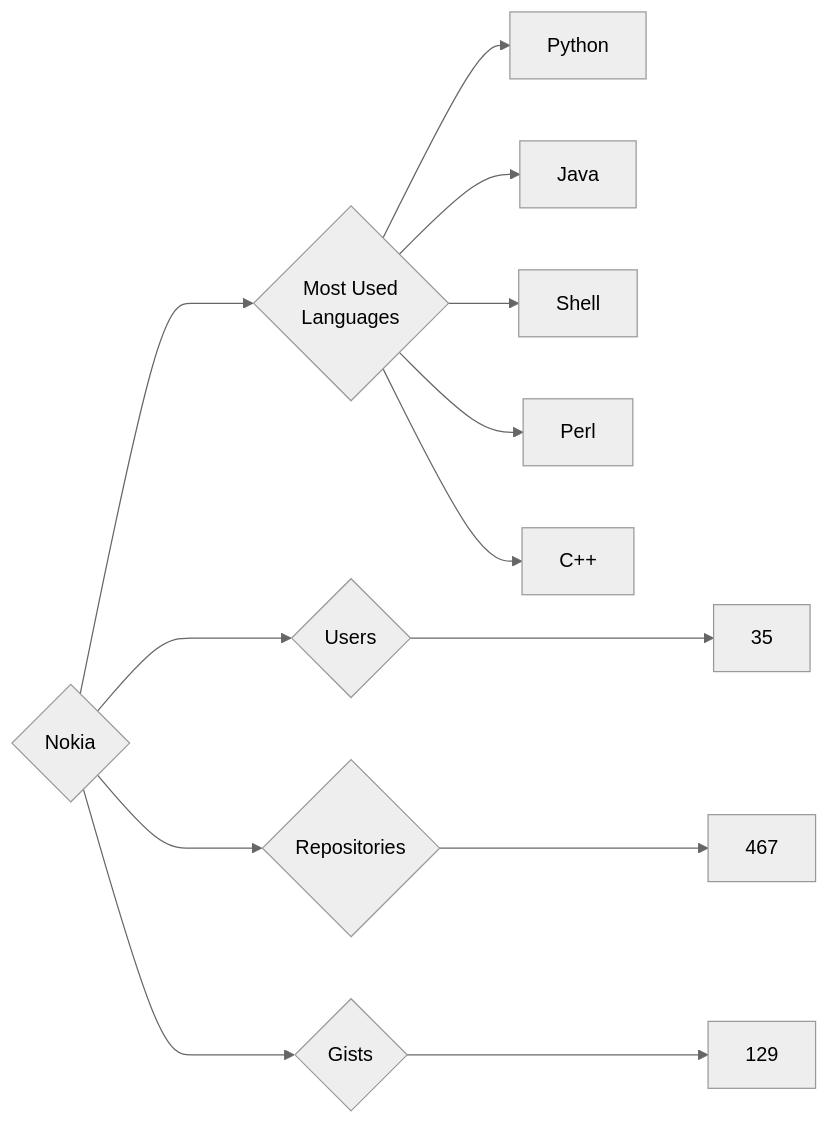
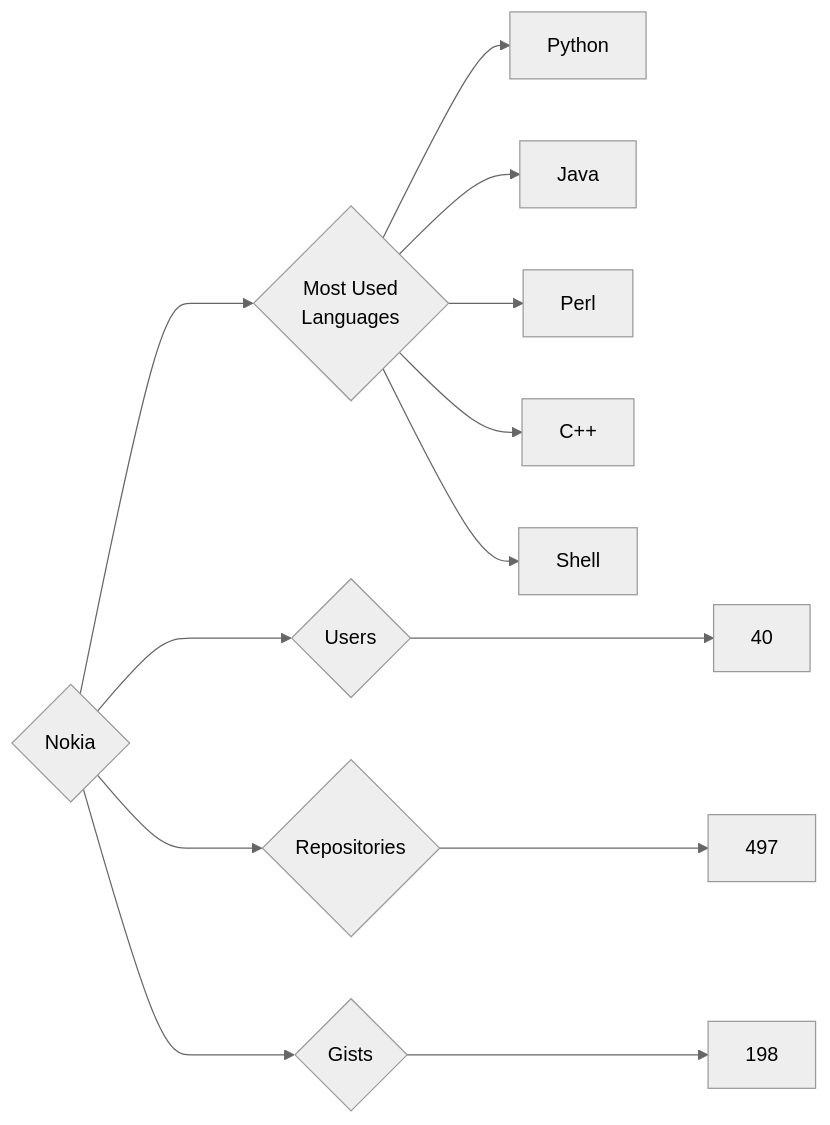
One commit to trickest/insiders changed the diagram in targets/Nokia/README.md. Above: the diagram before and after it, drawn with Mermaid (neutral theme). The commit also changed 928 other files, not shown here.

````diff
--- a/targets/Nokia/README.md
+++ b/targets/Nokia/README.md
@@ -3,13 +3,13 @@
 ```mermaid
 graph LR
 COMPANY_NAME{Nokia}
-COMPANY_NAME ---> U{Users} ---> UN[35]
-COMPANY_NAME ---> R{Repositories} ---> RN[467]
-COMPANY_NAME ---> G{Gists} ---> GN[129]
+COMPANY_NAME ---> U{Users} ---> UN[40]
+COMPANY_NAME ---> R{Repositories} ---> RN[497]
+COMPANY_NAME ---> G{Gists} ---> GN[198]
 COMPANY_NAME ---> ML{Most Used<br>Languages}
 ML --> Python[Python]
 ML --> Java[Java]
-ML --> Shell[Shell]
 ML --> Perl[Perl]
 ML --> C++[C++]
+ML --> Shell[Shell]
 ```
````
